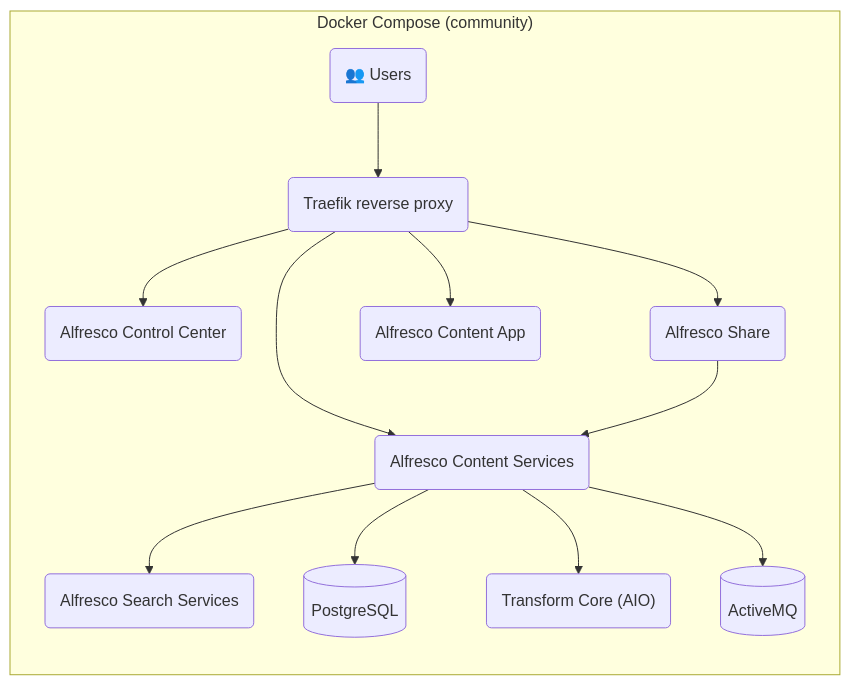
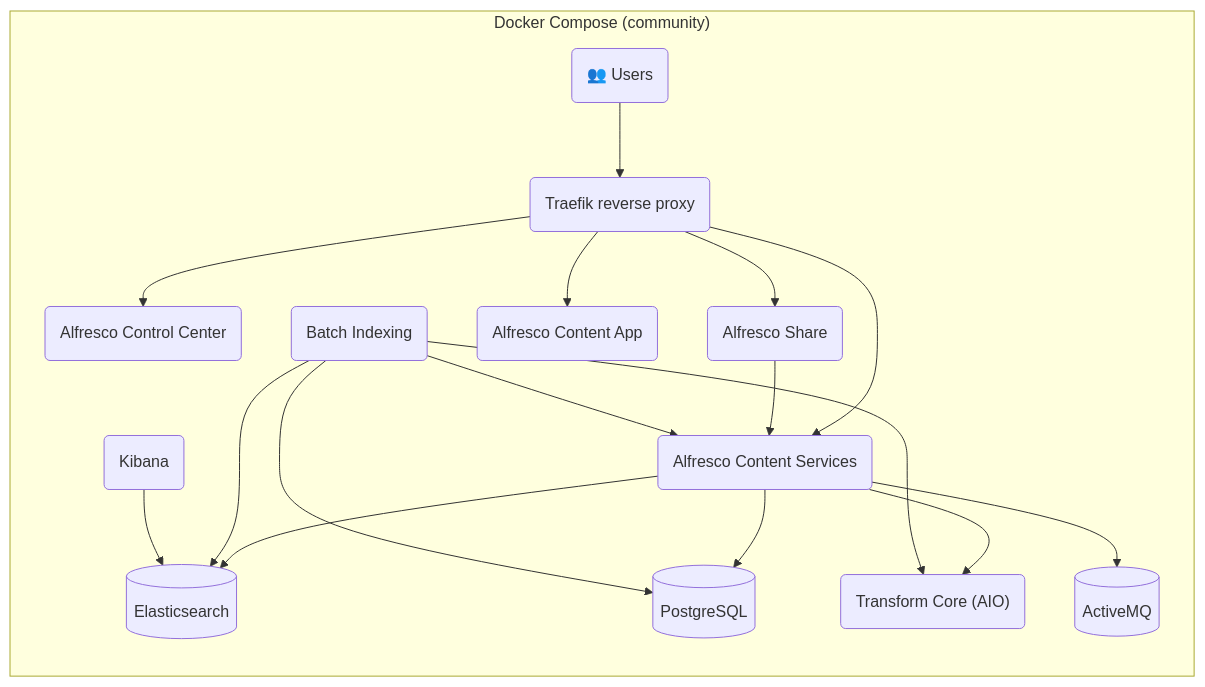
One commit to Alfresco/acs-deployment changed the second of 2 diagrams in docs/docker-compose/README.md. Above: the diagram before and after it, drawn with Mermaid. The commit also changed other lines of this file and 27 other files, not shown here.

````diff
--- a/docs/docker-compose/README.md
+++ b/docs/docker-compose/README.md
@@ -90,32 +90,40 @@
 ```mermaid
 graph TB
 
 subgraph "Docker Compose (community)"
   direction TB
   Client("👥 Users")
   proxy("Traefik reverse proxy")
   acs("Alfresco Content Services")
-  ass("Alfresco Search Services")
+  bi("Batch Indexing")
+  kib("Kibana")
   pg[("PostgreSQL")]
   amq[("ActiveMQ")]
+  es[("Elasticsearch")]
   tcore("Transform Core (AIO)")
 
   acc("Alfresco Control Center")
   share("Alfresco Share")
   aca("Alfresco Content App")
 end
 
 Client --> proxy
 
 proxy --> acc
 proxy --> share
 proxy --> aca
 proxy --> acs
 
-acs --> ass
+acs --> es
 acs --> pg
 acs --> tcore
 acs --> amq
 share --> acs
 
+bi --> acs
+bi --> es
+bi --> pg
+bi --> tcore
+kib --> es
+
 ```
````
